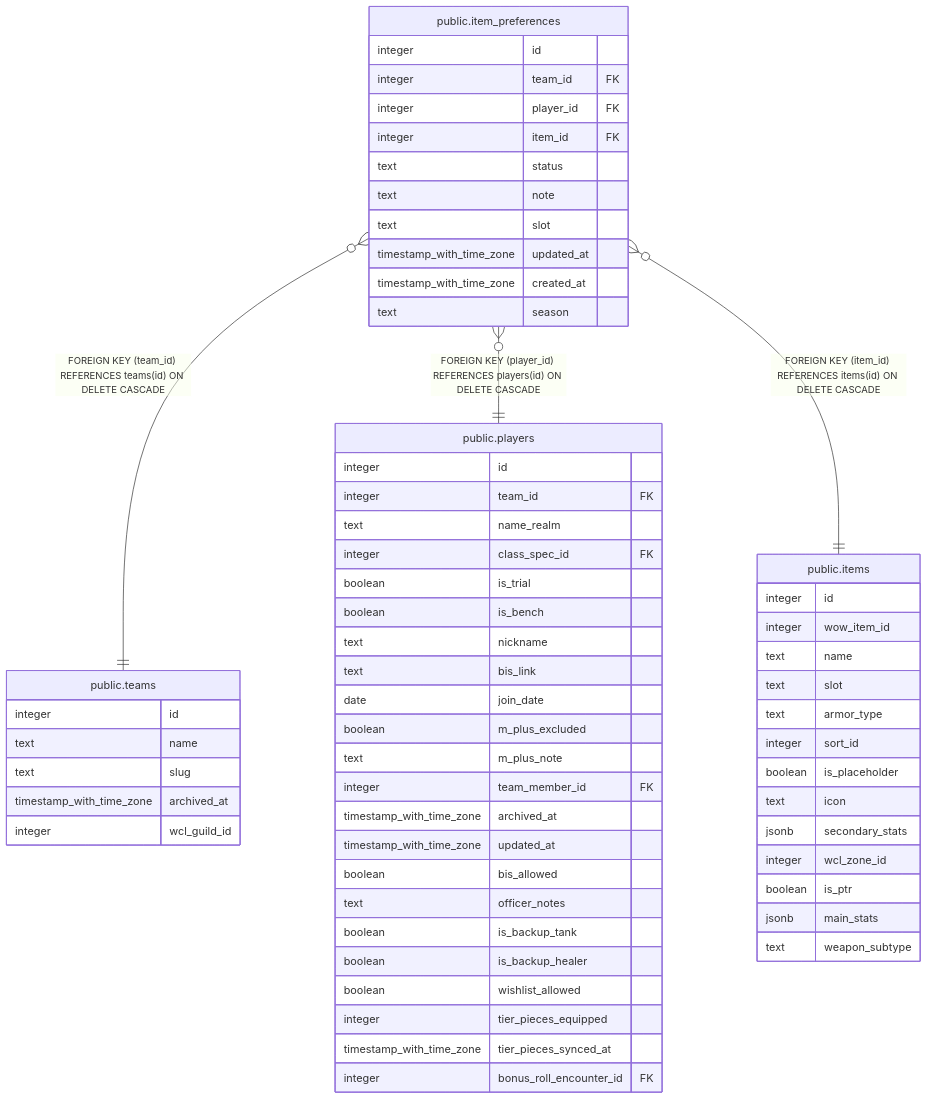
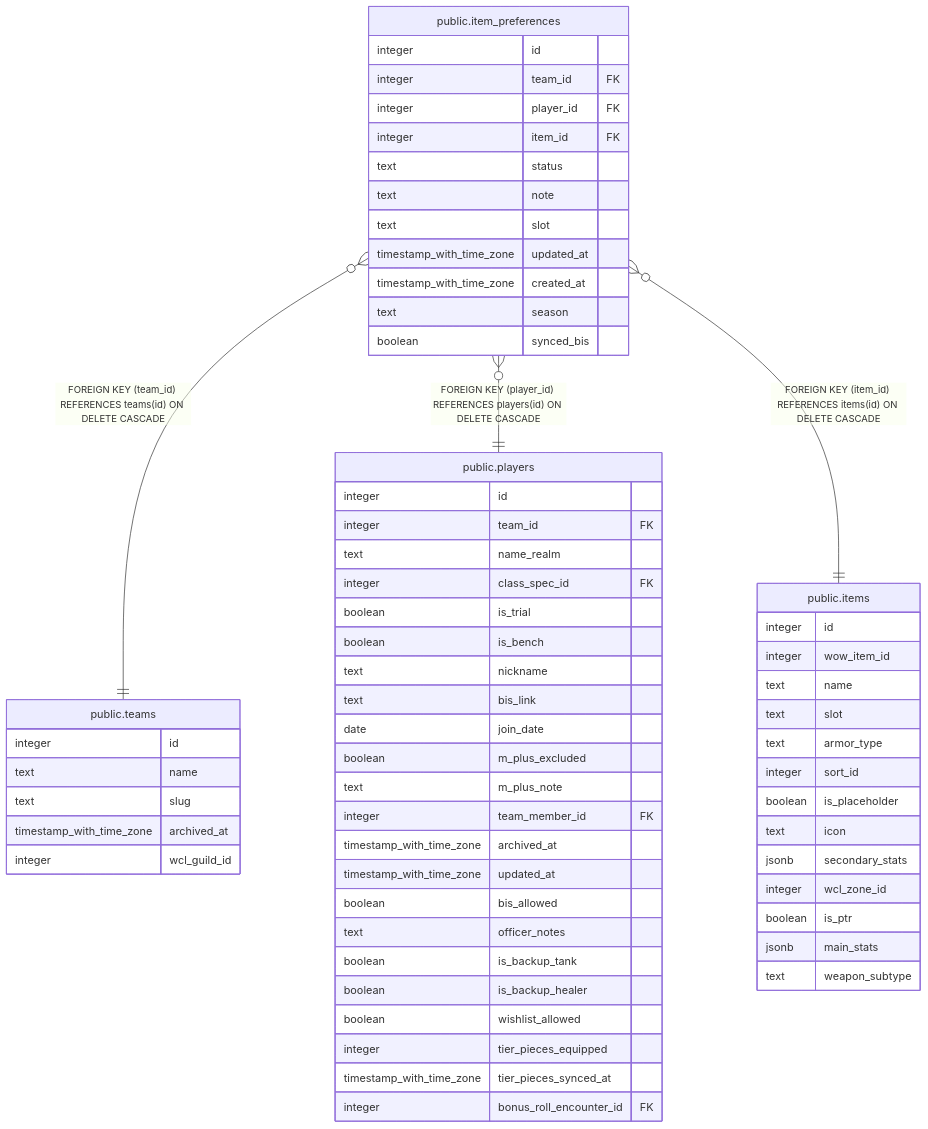
One commit to katogaming88/Phoenix-Roster changed the diagram in dbdoc/public.item_preferences.md. Above: the diagram before and after it, drawn with Mermaid. The commit also changed other lines of this file and 18 other files, not shown here.

````diff
--- a/dbdoc/public.item_preferences.md
+++ b/dbdoc/public.item_preferences.md
@@ -45,66 +46,67 @@
 ```mermaid
 erDiagram
 
 "public.item_preferences" }o--|| "public.teams" : "FOREIGN KEY (team_id) REFERENCES teams(id) ON DELETE CASCADE"
 "public.item_preferences" }o--|| "public.players" : "FOREIGN KEY (player_id) REFERENCES players(id) ON DELETE CASCADE"
 "public.item_preferences" }o--|| "public.items" : "FOREIGN KEY (item_id) REFERENCES items(id) ON DELETE CASCADE"
 
 "public.item_preferences" {
   integer id
   integer team_id FK
   integer player_id FK
   integer item_id FK
   text status
   text note
   text slot
   timestamp_with_time_zone updated_at
   timestamp_with_time_zone created_at
   text season
+  boolean synced_bis
 }
 "public.teams" {
   integer id
   text name
   text slug
   timestamp_with_time_zone archived_at
   integer wcl_guild_id
 }
 "public.players" {
   integer id
   integer team_id FK
   text name_realm
   integer class_spec_id FK
   boolean is_trial
   boolean is_bench
   text nickname
   text bis_link
   date join_date
   boolean m_plus_excluded
   text m_plus_note
   integer team_member_id FK
   timestamp_with_time_zone archived_at
   timestamp_with_time_zone updated_at
   boolean bis_allowed
   text officer_notes
   boolean is_backup_tank
   boolean is_backup_healer
   boolean wishlist_allowed
   integer tier_pieces_equipped
   timestamp_with_time_zone tier_pieces_synced_at
   integer bonus_roll_encounter_id FK
 }
 "public.items" {
   integer id
   integer wow_item_id
   text name
   text slot
   text armor_type
   integer sort_id
   boolean is_placeholder
   text icon
   jsonb secondary_stats
   integer wcl_zone_id
   boolean is_ptr
   jsonb main_stats
   text weapon_subtype
 }
 ```
````
